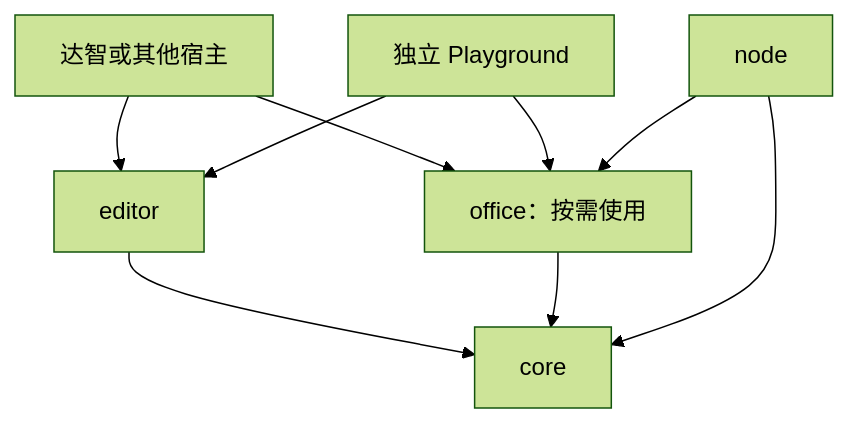
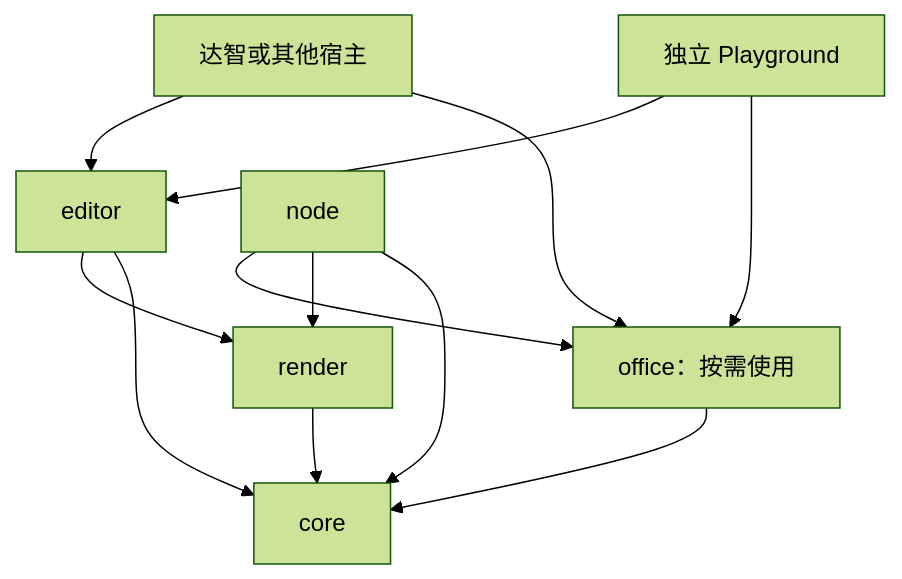
One commit to RobotSe7en/dagent-office changed the first of 2 diagrams in docs/architecture.md. Above: the diagram before and after it, drawn with Mermaid (forest theme). The commit also changed other lines of this file and 73 other files, not shown here.

````diff
--- a/docs/architecture.md
+++ b/docs/architecture.md
@@ -33,11 +33,14 @@
 ```mermaid
 flowchart TB
     Host[达智或其他宿主] --> Editor[editor]
     Host --> Office[office：按需使用]
     Playground[独立 Playground] --> Editor
     Playground --> Office
-    Editor --> Core[core]
+    Editor --> Render[render]
+    Render --> Core[core]
+    Editor --> Core
     Office --> Core
     Node[node] --> Office
+    Node --> Render
     Node --> Core
 ```
````
